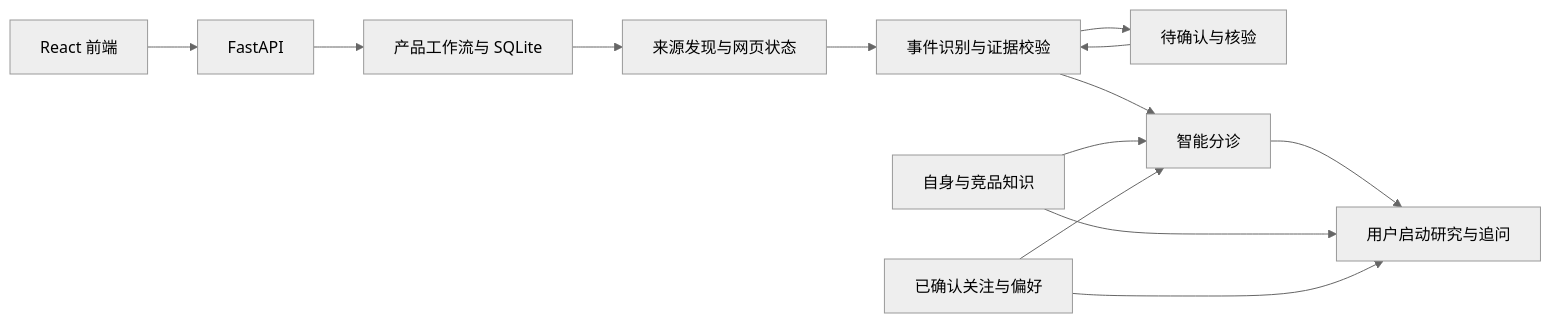
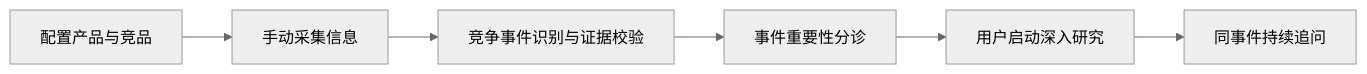
Before and after one commit to ldb111/Product-Intelligence-Agent: the diagram in README.md, drawn with Mermaid (neutral theme). The commit also changed other lines of this file and 30 other files, not shown here.

````diff
--- a/README.md
+++ b/README.md
@@ -17,15 +17,8 @@
 ```mermaid
 flowchart LR
-    UI[React 前端] --> API[FastAPI]
-    API --> P[产品工作流与 SQLite]
-    P --> S[来源发现与网页状态]
-    S --> E[事件识别与证据校验]
-    E --> V[待确认与核验]
-    V --> E
-    E --> T[智能分诊]
-    T --> R[用户启动研究与追问]
-    K[自身与竞品知识] --> T
-    K --> R
-    M[已确认关注与偏好] --> T
-    M --> R
+    A[配置产品与竞品] --> B[手动采集信息]
+    B --> C[竞争事件识别与证据校验]
+    C --> D[事件重要性分诊]
+    D --> E[用户启动深入研究]
+    E --> F[同事件持续追问]
 ```
````
